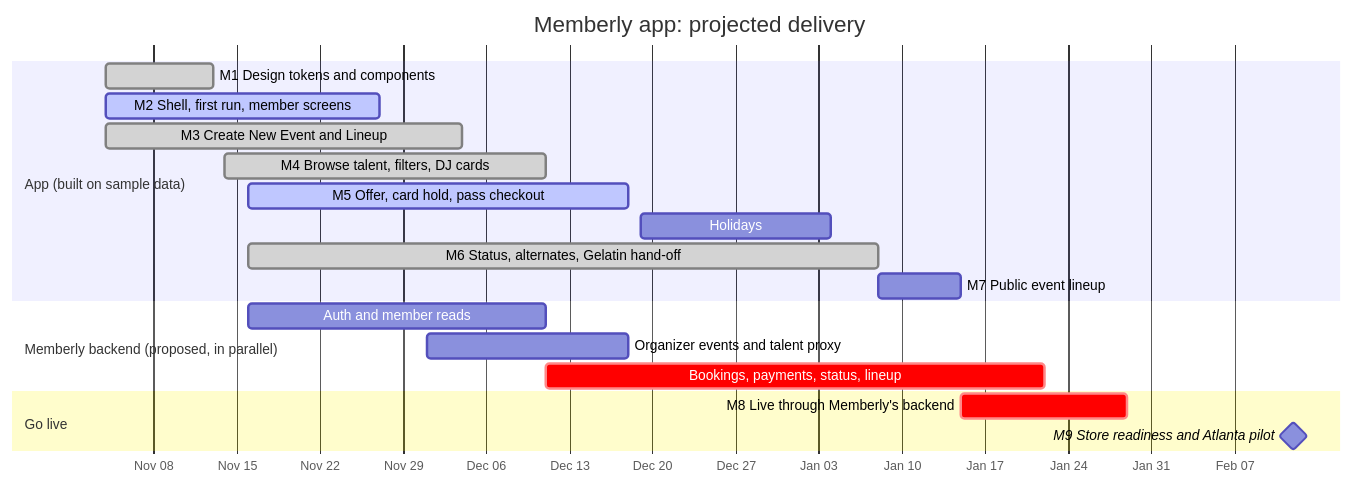
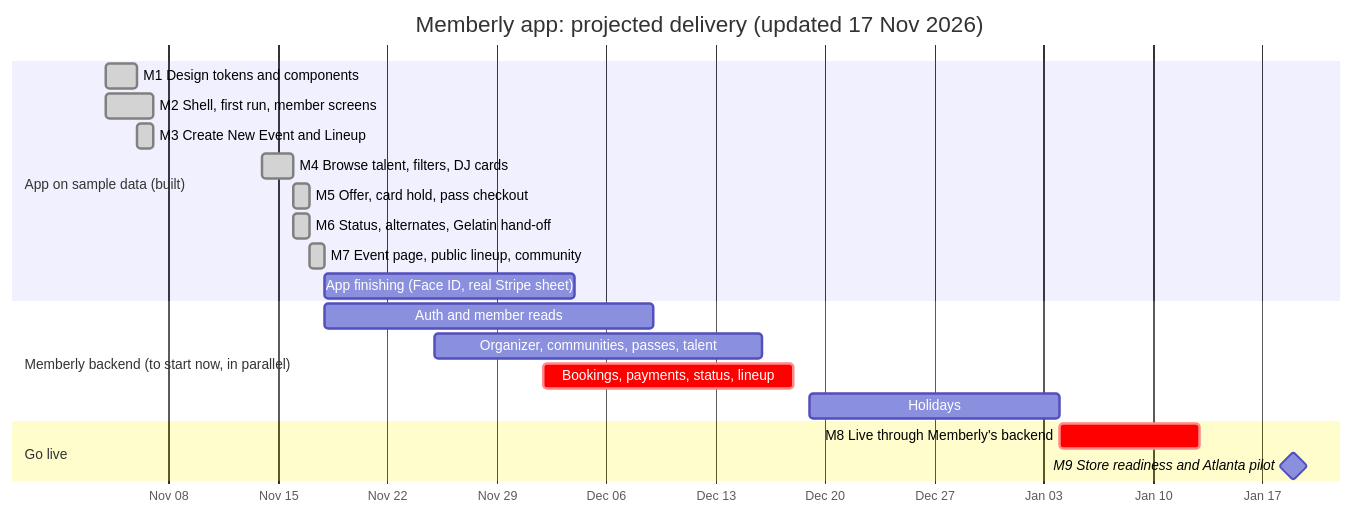
Before and after one commit to gelatinbookings/memberlyapp: the diagram in README.md, drawn with Mermaid. The commit also changed other lines of this file and 132 other files, not shown here.

First line of the commit message:
Organizer tools: venue search, Stripe Connect, Members, Marketing, set times

````diff
--- a/README.md
+++ b/README.md
@@ -31,26 +31,27 @@
 ```mermaid
 gantt
-    title Memberly app: projected delivery
+    title Memberly app: projected delivery (updated 17 Nov 2026)
     dateFormat YYYY-MM-DD
     axisFormat %b %d
     todayMarker stroke-width:3px,stroke:#9333EA
 
-    section App (built on sample data)
-    M1 Design tokens and components          :done,   m1, 2026-11-04, 2026-11-13
-    M2 Shell, first run, member screens      :active, m2, 2026-11-04, 2026-11-27
-    M3 Create New Event and Lineup           :done,   m3, 2026-11-04, 2026-12-04
-    M4 Browse talent, filters, DJ cards      :done,   m4, 2026-11-14, 2026-12-11
-    M5 Offer, card hold, pass checkout       :active, m5, 2026-11-16, 2026-12-18
+    section App on sample data (built)
+    M1 Design tokens and components          :done, m1, 2026-11-04, 2026-11-06
+    M2 Shell, first run, member screens      :done, m2, 2026-11-04, 2026-11-07
+    M3 Create New Event and Lineup           :done, m3, 2026-11-06, 2026-11-07
+    M4 Browse talent, filters, DJ cards      :done, m4, 2026-11-14, 2026-11-16
+    M5 Offer, card hold, pass checkout       :done, m5, 2026-11-16, 2026-11-17
+    M6 Status, alternates, Gelatin hand-off  :done, m6, 2026-11-16, 2026-11-17
+    M7 Event page, public lineup, community  :done, m7, 2026-11-17, 2026-11-18
+    App finishing (Face ID, real Stripe sheet) : fin, 2026-11-18, 2026-12-04
+
+    section Memberly backend (to start now, in parallel)
+    Auth and member reads                    :        b1, 2026-11-18, 2026-12-09
+    Organizer, communities, passes, talent   :        b2, 2026-11-25, 2026-12-16
+    Bookings, payments, status, lineup       :crit,   b3, 2026-12-02, 2026-12-18
     Holidays                                 :        hol, 2026-12-19, 2027-01-04
-    M6 Status, alternates, Gelatin hand-off  :done,   m6, 2026-11-16, 2027-01-08
-    M7 Public event lineup                   :        m7, 2027-01-08, 2027-01-15
-
-    section Memberly backend (proposed, in parallel)
-    Auth and member reads                    :        b1, 2026-11-16, 2026-12-11
-    Organizer events and talent proxy        :        b2, 2026-12-01, 2026-12-18
-    Bookings, payments, status, lineup       :crit,   b3, 2026-12-11, 2027-01-22
 
     section Go live
-    M8 Live through Memberly's backend       :crit,   m8, 2027-01-15, 2027-01-29
-    M9 Store readiness and Atlanta pilot     :milestone, m9, 2027-02-12, 0d
+    M8 Live through Memberly's backend       :crit,   m8, 2027-01-04, 2027-01-13
+    M9 Store readiness and Atlanta pilot     :milestone, m9, 2027-01-19, 0d
 ```
````
